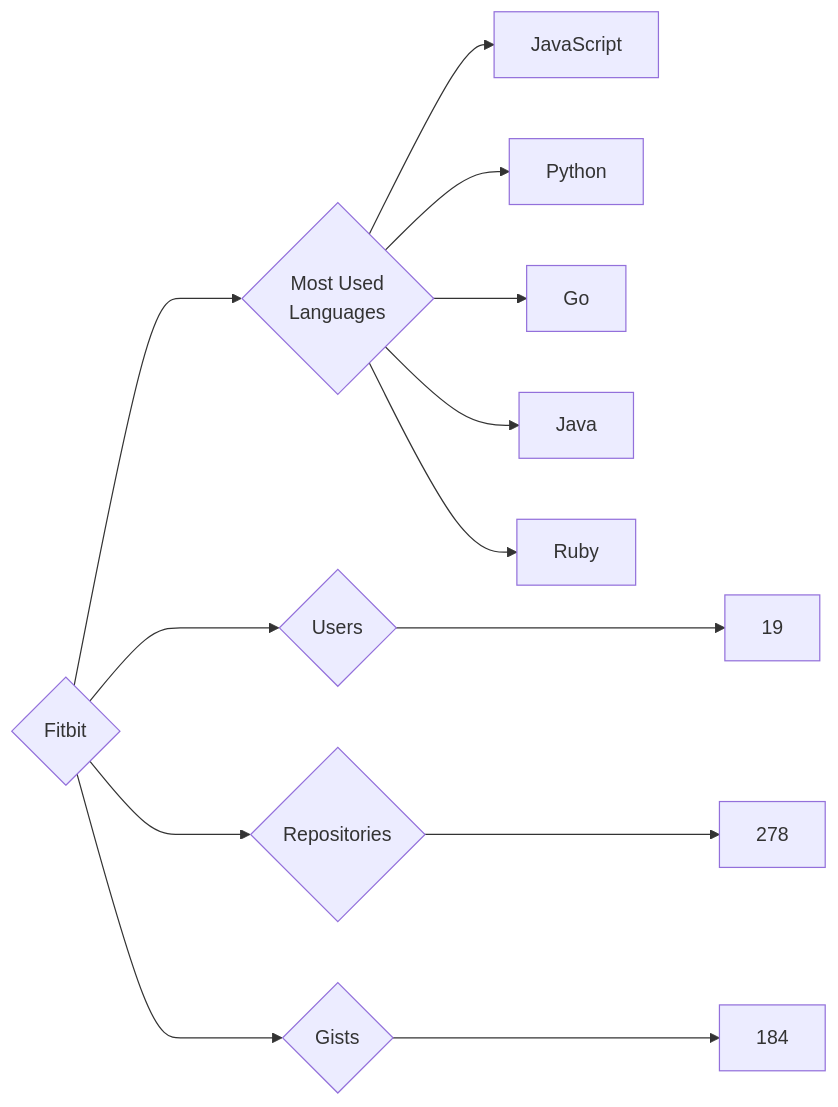
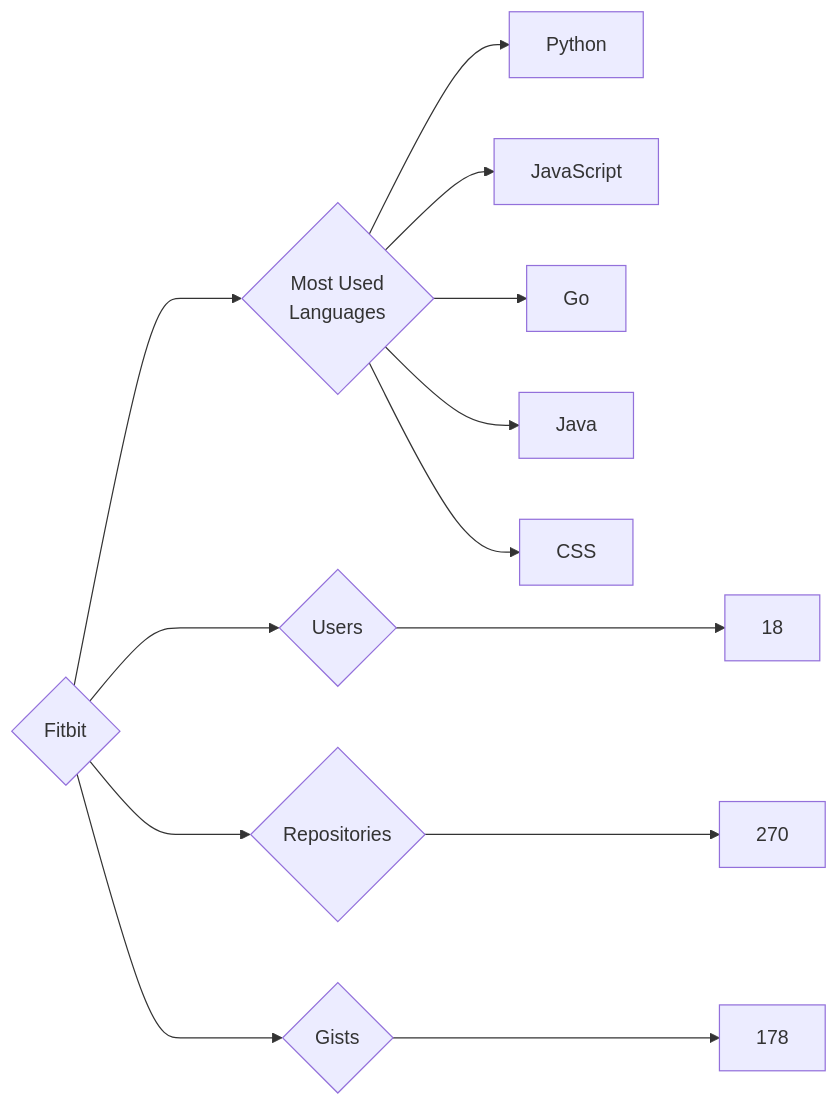
The diagram in targets/Fitbit/README.md (trickest/insiders), drawn with Mermaid before and after one commit. The commit also changed 814 other files, not shown here.

````diff
--- a/targets/Fitbit/README.md
+++ b/targets/Fitbit/README.md
@@ -3,13 +3,13 @@
 ```mermaid
 graph LR
 COMPANY_NAME{Fitbit}
-COMPANY_NAME ---> U{Users} ---> UN[19]
-COMPANY_NAME ---> R{Repositories} ---> RN[278]
-COMPANY_NAME ---> G{Gists} ---> GN[184]
+COMPANY_NAME ---> U{Users} ---> UN[18]
+COMPANY_NAME ---> R{Repositories} ---> RN[270]
+COMPANY_NAME ---> G{Gists} ---> GN[178]
 COMPANY_NAME ---> ML{Most Used<br>Languages}
+ML --> Python[Python]
 ML --> JavaScript[JavaScript]
-ML --> Python[Python]
 ML --> Go[Go]
 ML --> Java[Java]
-ML --> Ruby[Ruby]
+ML --> CSS[CSS]
 ```
````
